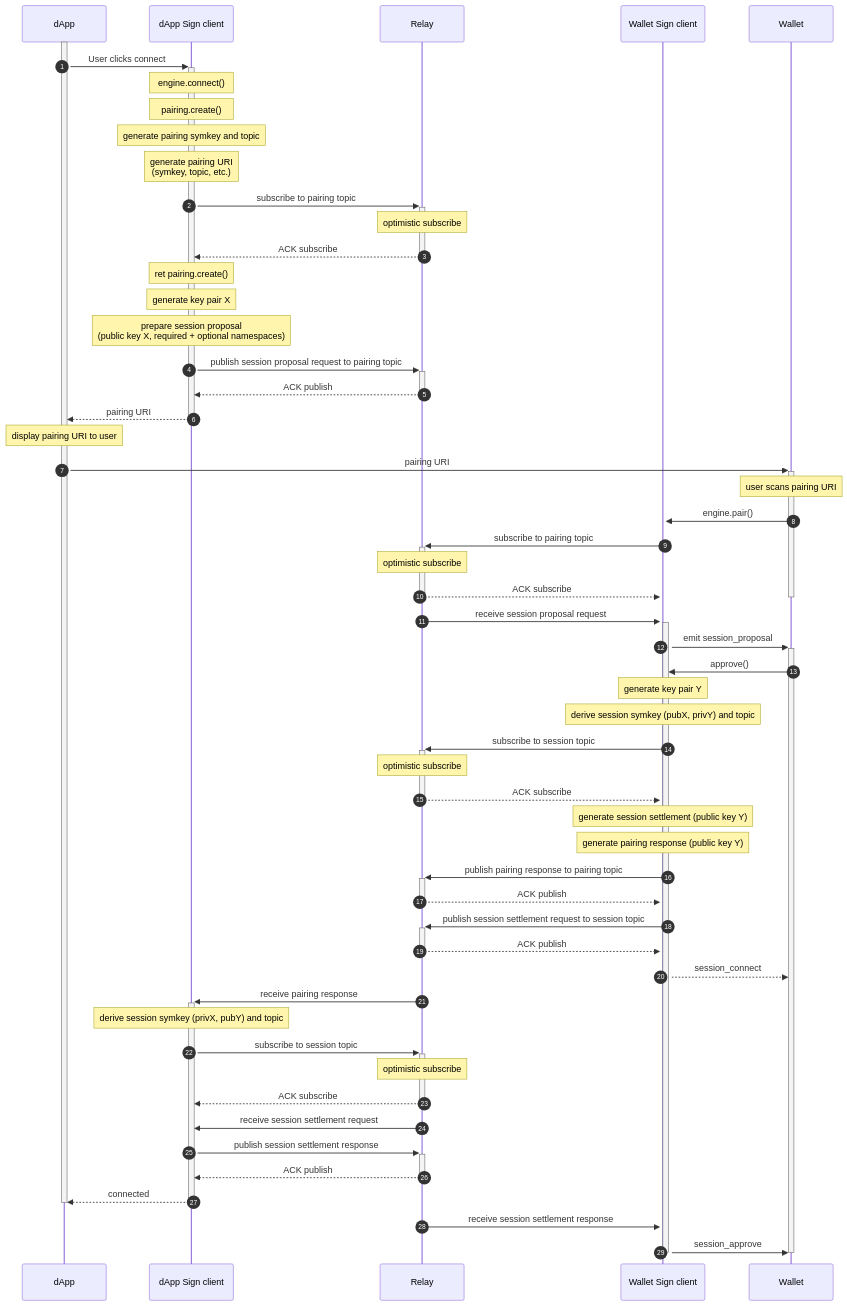
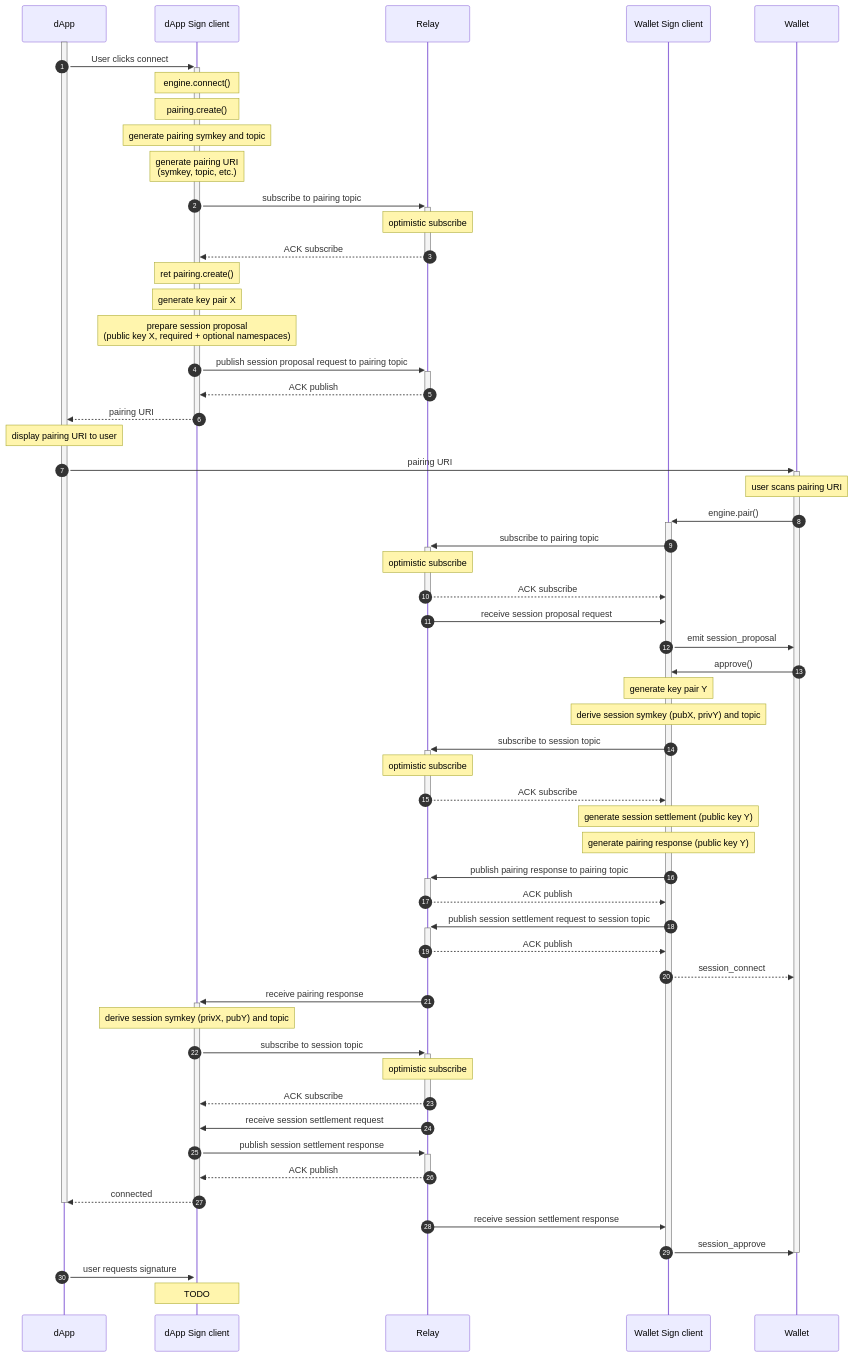
Before and after one commit to WalletConnect/walletconnect-specs: the first of 2 diagrams in docs/specs/clients/sign/session-proposal.md, drawn with Mermaid. The commit also changed other lines of this file, not shown here.

Commit message:
Improve diagrams

````diff
--- a/docs/specs/clients/sign/session-proposal.md
+++ b/docs/specs/clients/sign/session-proposal.md
@@ -43,65 +43,68 @@
 ```mermaid
 sequenceDiagram
   autonumber
   participant D AS dApp
   participant DS AS dApp Sign client
   participant R as Relay
   participant WS AS Wallet Sign client
   participant W as Wallet
 
   activate D
   D->>+DS: User clicks connect
   Note over DS: engine.connect()
   Note over DS: pairing.create()
   Note over DS: generate pairing symkey and topic
   Note over DS: generate pairing URI<br>(symkey, topic, etc.)
   DS->>+R: subscribe to pairing topic
   Note over R: optimistic subscribe
   R-->>-DS: ACK subscribe
   Note over DS: ret pairing.create()
   Note over DS: generate key pair X
   Note over DS: prepare session proposal<br>(public key X, required + optional namespaces)
   DS->>+R: publish session proposal request to pairing topic
   R-->>-DS: ACK publish
   DS-->>-D: pairing URI
   Note over D: display pairing URI to user
   D->>+W: pairing URI
 
   Note over W: user scans pairing URI
   W->>+WS: engine.pair()
   WS->>+R: subscribe to pairing topic
   Note over R: optimistic subscribe
   R-->>-WS: ACK subscribe
-  deactivate W
-  R->>+WS: receive session proposal request
-  WS->>+W: emit session_proposal
+  R->>WS: receive session proposal request
+  WS->>W: emit session_proposal
   W->>WS: approve()
   Note over WS: generate key pair Y
   Note over WS: derive session symkey (pubX, privY) and topic
   WS->>+R: subscribe to session topic
   Note over R: optimistic subscribe
   R-->>-WS: ACK subscribe
   Note over WS: generate session settlement (public key Y)
   Note over WS: generate pairing response (public key Y)
   WS->>+R: publish pairing response to pairing topic
   R-->>-WS: ACK publish
   WS->>+R: publish session settlement request to session topic
   R-->>-WS: ACK publish
   WS-->>W: session_connect
 
   R->>+DS: receive pairing response
   Note over DS: derive session symkey (privX, pubY) and topic
   DS->>+R: subscribe to session topic
   Note over R: optimistic subscribe
   R-->>-DS: ACK subscribe
   R->>DS: receive session settlement request
   DS->>+R: publish session settlement response
   R-->>-DS: ACK publish
   DS-->>-D: connected
   deactivate D
 
   R->>WS: receive session settlement response
   WS->>W: session_approve
   deactivate WS
   deactivate W
+
+  activate D
+  D->>+DS: user requests signature
+  Note over DS: TODO
 ```
````
